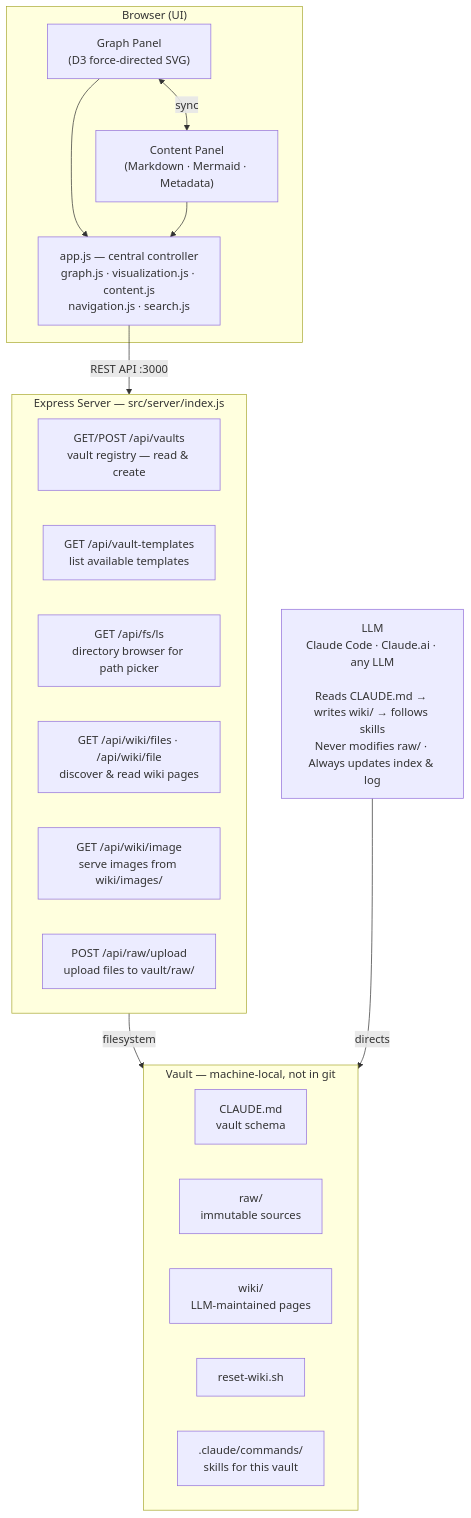
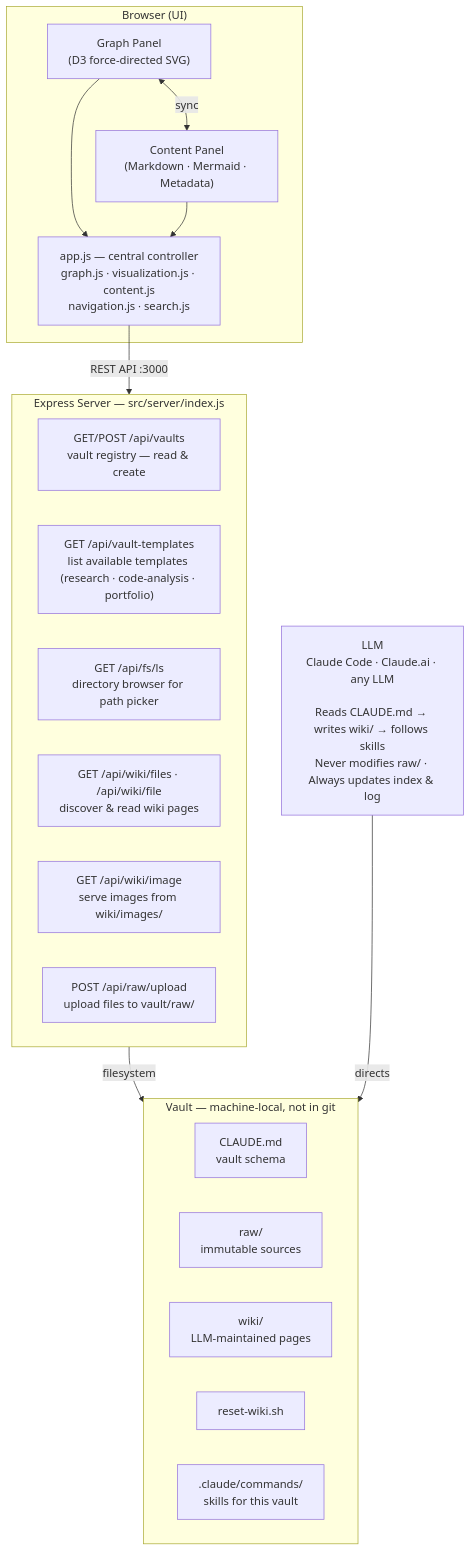
Before and after one commit to skarlekar/knowledge-compiler: the diagram in README.md, drawn with Mermaid. The commit also changed other lines of this file and 23 other files, not shown here.

````diff
--- a/README.md
+++ b/README.md
@@ -59,34 +60,34 @@
 ```mermaid
 graph TD
     subgraph Browser["Browser (UI)"]
         GP["Graph Panel\n(D3 force-directed SVG)"]
         CP["Content Panel\n(Markdown · Mermaid · Metadata)"]
         AC["app.js — central controller\ngraph.js · visualization.js · content.js\nnavigation.js · search.js"]
         GP <-->|sync| CP
         GP --> AC
         CP --> AC
     end
 
     subgraph Server["Express Server — src/server/index.js"]
         API1["GET/POST /api/vaults\nvault registry — read & create"]
-        API2["GET /api/vault-templates\nlist available templates"]
+        API2["GET /api/vault-templates\nlist available templates (research · code-analysis · portfolio)"]
         API3["GET /api/fs/ls\ndirectory browser for path picker"]
         API4["GET /api/wiki/files · /api/wiki/file\ndiscover & read wiki pages"]
         API5["GET /api/wiki/image\nserve images from wiki/images/"]
         API6["POST /api/raw/upload\nupload files to vault/raw/"]
     end
 
     subgraph Vault["Vault — machine-local, not in git"]
         VM["CLAUDE.md\nvault schema"]
         VR["raw/\nimmutable sources"]
         VW["wiki/\nLLM-maintained pages"]
         VS["reset-wiki.sh"]
         VC[".claude/commands/\nskills for this vault"]
     end
 
     LLM["LLM\nClaude Code · Claude.ai · any LLM\n\nReads CLAUDE.md → writes wiki/ → follows skills\nNever modifies raw/ · Always updates index & log"]
 
     AC -->|REST API :3000| Server
     Server -->|filesystem| Vault
     LLM -->|directs| Vault
 ```
````
